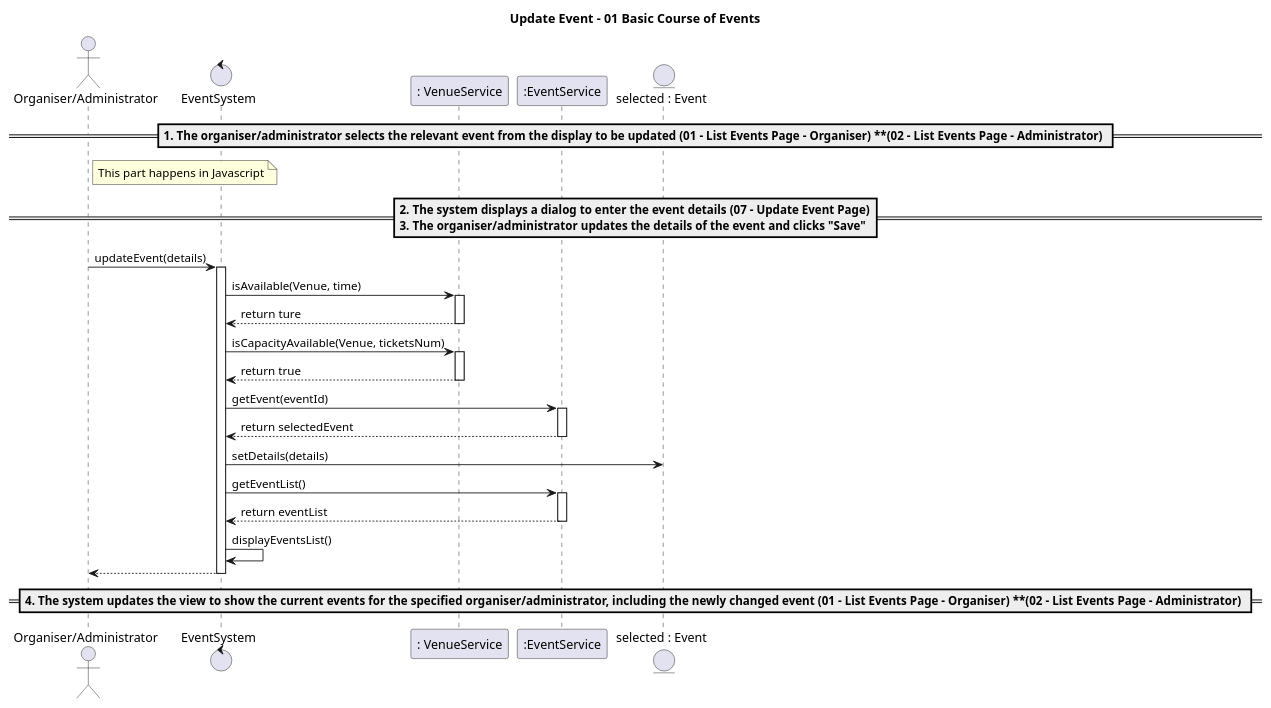
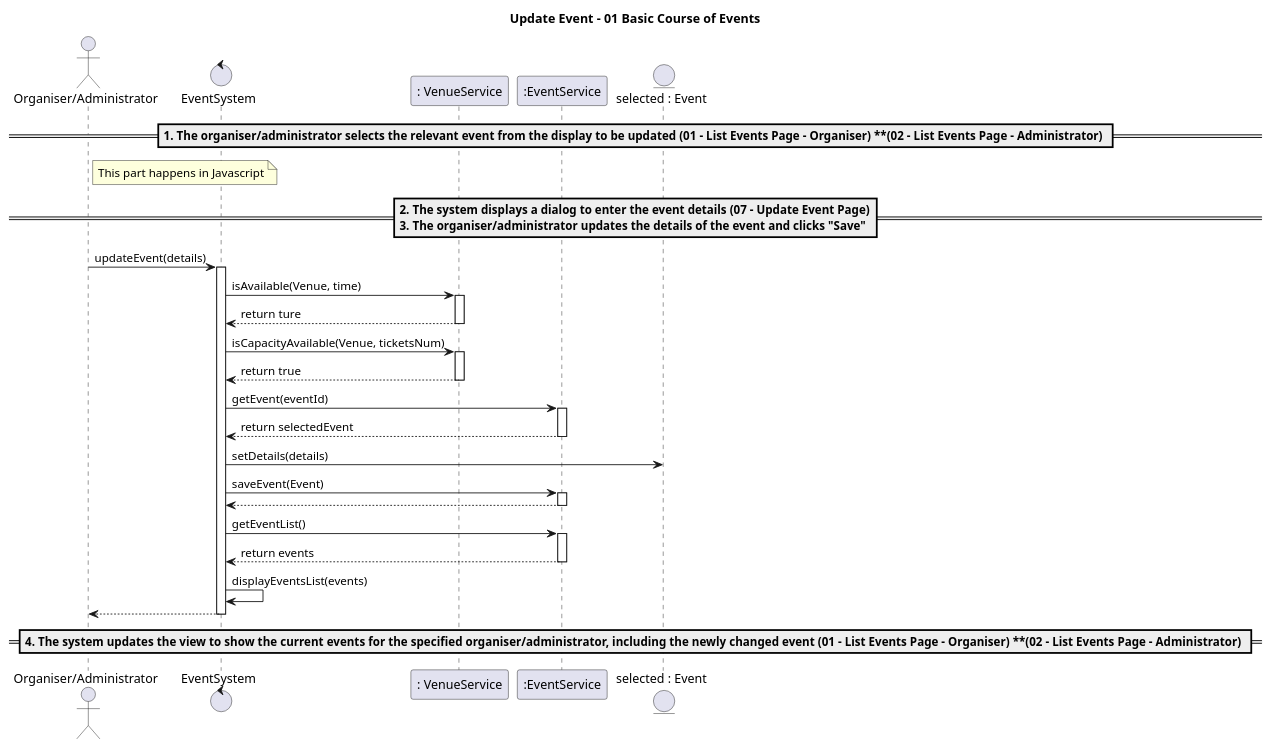
Before and after one commit to mrle0429/Event-Management-System: the diagram in 02-analysis/usecases/text/08-update-event.puml, drawn with PlantUML. The commit also changed 7 other files, not shown here.

```diff
--- a/02-analysis/usecases/text/08-update-event.puml
+++ b/02-analysis/usecases/text/08-update-event.puml
@@ -1,47 +1,52 @@
 @startuml
 title Update Event - 01 Basic Course of Events
 
 actor "Organiser/Administrator" as OA
 control EventSystem as System
 participant ": VenueService" as VenueSer
 participant ":EventService" as Service
 entity "selected : Event" as Event
 
 == 1. The organiser/administrator selects the relevant event from the display to be updated **(01 - List Events Page - Organiser)** **(02 - List Events Page - Administrator) ==
 note right of OA: This part happens in Javascript
 
 == 2. The system displays a dialog to enter the event details **(07 - Update Event Page)**\n3. The organiser/administrator updates the details of the event and clicks "Save" ==
 
 OA -> System: updateEvent(details)
 activate System
 System -> VenueSer: isAvailable(Venue, time)
 activate VenueSer
 VenueSer --> System: return ture
 deactivate VenueSer
 System -> VenueSer: isCapacityAvailable(Venue, ticketsNum)
 activate VenueSer
 VenueSer --> System: return true
 deactivate VenueSer
 
 System -> Service: getEvent(eventId)
 activate Service
 Service --> System: return selectedEvent
 deactivate Service
 
 
 System -> Event: setDetails(details)
 
 
-
+System -> Service: saveEvent(Event)
+activate Service
+Service --> System: 
+deactivate Service
 
 System -> Service: getEventList()
 activate Service
-Service --> System: return eventList
+Service --> System: return events
 deactivate Service
-System -> System: displayEventsList()
+System -> System: displayEventsList(events)
+
+
 
 System --> OA
 deactivate System
 
 == 4. The system updates the view to show the current events for the specified organiser/administrator, including the newly changed event **(01 - List Events Page - Organiser)** **(02 - List Events Page - Administrator) ==
 @enduml
```
